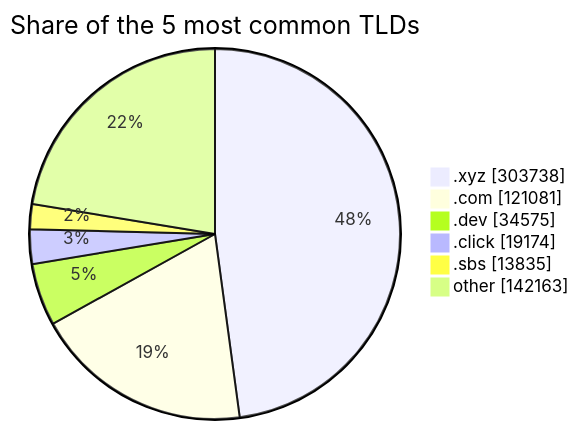
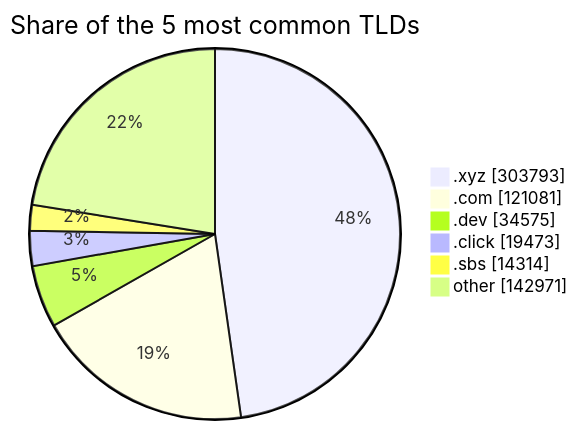
The third of 3 diagrams in README.md (DNSBunker/CTI), drawn with Mermaid before and after one commit. The commit also changed other lines of this file and 3 other files, not shown here.

````diff
--- a/README.md
+++ b/README.md
@@ -81,9 +81,9 @@
 ```mermaid
 pie showData title Share of the 5 most common TLDs
-    ".xyz" : 303738
+    ".xyz" : 303793
     ".com" : 121081
     ".dev" : 34575
-    ".click" : 19174
-    ".sbs" : 13835
-    "other" : 142163
+    ".click" : 19473
+    ".sbs" : 14314
+    "other" : 142971
 ```
````
